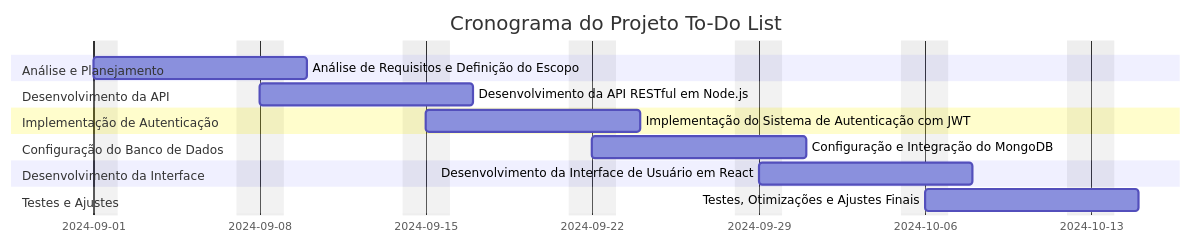
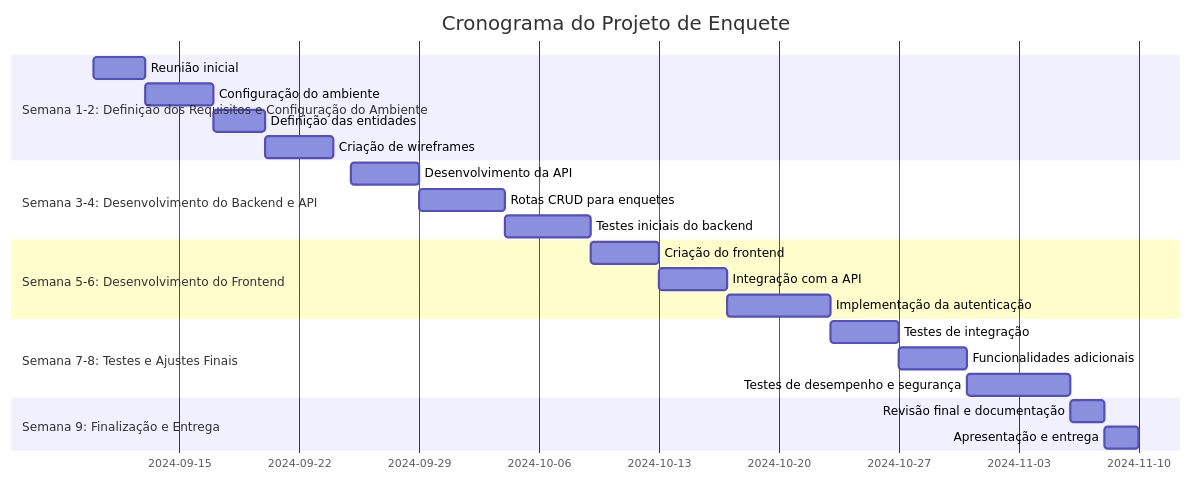
One commit to JoaovlLima/ProjetoReactNode_ConectaCorp changed the first of 4 diagrams in README.md. Above: the diagram before and after it, drawn with Mermaid.

````diff
--- a/README.md
+++ b/README.md
@@ -51,25 +51,32 @@
 ```mermaid
 gantt
-    title Cronograma do Projeto To-Do List
+    title Cronograma do Projeto de Enquete
     dateFormat  YYYY-MM-DD
-    excludes    weekends
 
-    section Análise e Planejamento
-    Análise de Requisitos e Definição do Escopo :a1, 2024-09-01, 7d
+    section Semana 1-2: Definição dos Requisitos e Configuração do Ambiente
+    Reunião inicial          :a1, 2024-09-10, 3d
+    Configuração do ambiente :a2, 2024-09-13, 4d
+    Definição das entidades  :a3, 2024-09-17, 3d
+    Criação de wireframes    :a4, 2024-09-20, 4d
 
-    section Desenvolvimento da API
-    Desenvolvimento da API RESTful em Node.js :a2, 2024-09-08, 7d
+    section Semana 3-4: Desenvolvimento do Backend e API
+    Desenvolvimento da API   :b1, 2024-09-25, 4d
+    Rotas CRUD para enquetes :b2, 2024-09-29, 5d
+    Testes iniciais do backend :b3, 2024-10-04, 5d
 
-    section Implementação de Autenticação
-    Implementação do Sistema de Autenticação com JWT :a3, 2024-09-15, 7d
+    section Semana 5-6: Desenvolvimento do Frontend
+    Criação do frontend      :c1, 2024-10-09, 4d
+    Integração com a API     :c2, 2024-10-13, 4d
+    Implementação da autenticação :c3, 2024-10-17, 6d
 
-    section Configuração do Banco de Dados
-    Configuração e Integração do MongoDB :a4, 2024-09-22, 7d
+    section Semana 7-8: Testes e Ajustes Finais
+    Testes de integração     :d1, 2024-10-23, 4d
+    Funcionalidades adicionais :d2, 2024-10-27, 4d
+    Testes de desempenho e segurança :d3, 2024-10-31, 6d
 
-    section Desenvolvimento da Interface
-    Desenvolvimento da Interface de Usuário em React :a5, 2024-09-29, 7d
+    section Semana 9: Finalização e Entrega
+    Revisão final e documentação :e1, 2024-11-06, 2d
+    Apresentação e entrega    :e2, 2024-11-08, 2d
 
-    section Testes e Ajustes
-    Testes, Otimizações e Ajustes Finais :a6, 2024-10-06, 7d
 
 ```
````
